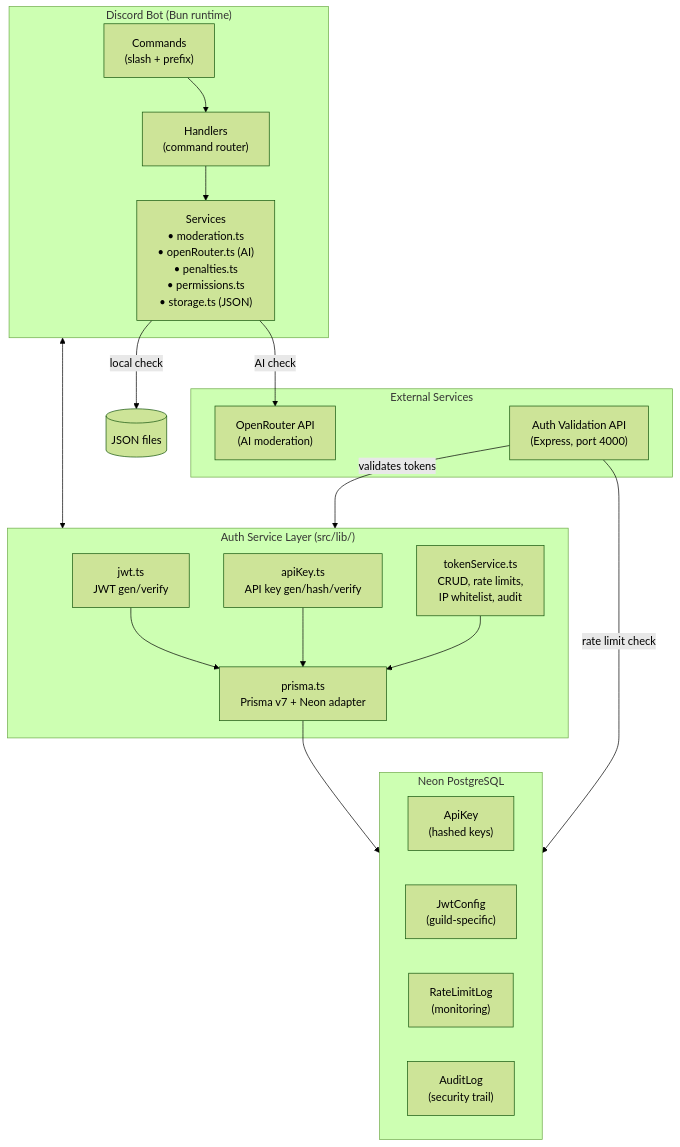
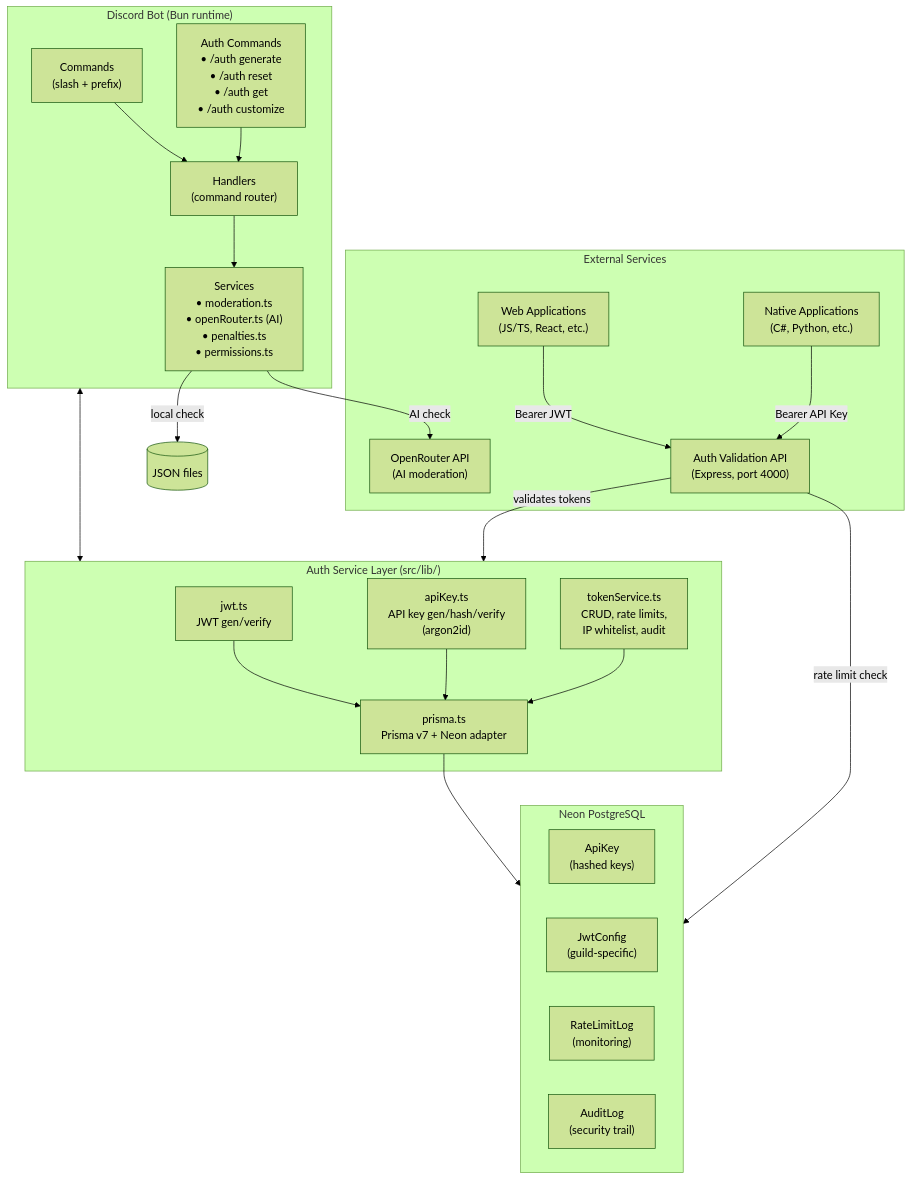
The second of 2 diagrams in README.md (official-jahid/regix-badword-blocker), drawn with Mermaid (forest theme) before and after one commit. The commit also changed other lines of this file and 6 other files, not shown here.

First line of the commit message:
Refactor auth system: JWT + API key dual tokens

````diff
--- a/README.md
+++ b/README.md
@@ -24,38 +54,44 @@
 ```mermaid
 graph TB
-    subgraph Discord["Discord Bot (Bun runtime)"]
+    subgraph DISCORD["Discord Bot (Bun runtime)"]
         CMD["Commands<br/>(slash + prefix)"]
         HAND["Handlers<br/>(command router)"]
-        SVC["Services<br/>• moderation.ts<br/>• openRouter.ts (AI)<br/>• penalties.ts<br/>• permissions.ts<br/>• storage.ts (JSON)"]
+        SVC["Services<br/>• moderation.ts<br/>• openRouter.ts (AI)<br/>• penalties.ts<br/>• permissions.ts"]
+        AUTH_CMD["Auth Commands<br/>• /auth generate<br/>• /auth reset<br/>• /auth get<br/>• /auth customize"]
         CMD --> HAND --> SVC
+        AUTH_CMD --> HAND
     end
 
     subgraph AUTH["Auth Service Layer (src/lib/)"]
         JWT["jwt.ts<br/>JWT gen/verify"]
-        AK["apiKey.ts<br/>API key gen/hash/verify"]
+        AK["apiKey.ts<br/>API key gen/hash/verify<br/>(argon2id)"]
         TS["tokenService.ts<br/>CRUD, rate limits,<br/>IP whitelist, audit"]
         PRISMA["prisma.ts<br/>Prisma v7 + Neon adapter"]
         JWT --> PRISMA
         AK --> PRISMA
         TS --> PRISMA
     end
 
     subgraph DB["Neon PostgreSQL"]
         APIKEYS["ApiKey<br/>(hashed keys)"]
         JWTCFG["JwtConfig<br/>(guild-specific)"]
         RLLOG["RateLimitLog<br/>(monitoring)"]
         AULOG["AuditLog<br/>(security trail)"]
     end
 
     subgraph EXT["External Services"]
         OR["OpenRouter API<br/>(AI moderation)"]
         AUTHAPI["Auth Validation API<br/>(Express, port 4000)"]
+        WEB["Web Applications<br/>(JS/TS, React, etc.)"]
+        NATIVE["Native Applications<br/>(C#, Python, etc.)"]
     end
 
     SVC -- "AI check" --> OR
     SVC -- "local check" --> JSON[(JSON files)]
-    Discord <--> AUTH
+    DISCORD <--> AUTH
     PRISMA --> DB
     AUTHAPI -- "validates tokens" --> AUTH
     AUTHAPI -- "rate limit check" --> DB
+    WEB -- "Bearer JWT" --> AUTHAPI
+    NATIVE -- "Bearer API Key" --> AUTHAPI
 ```
````
